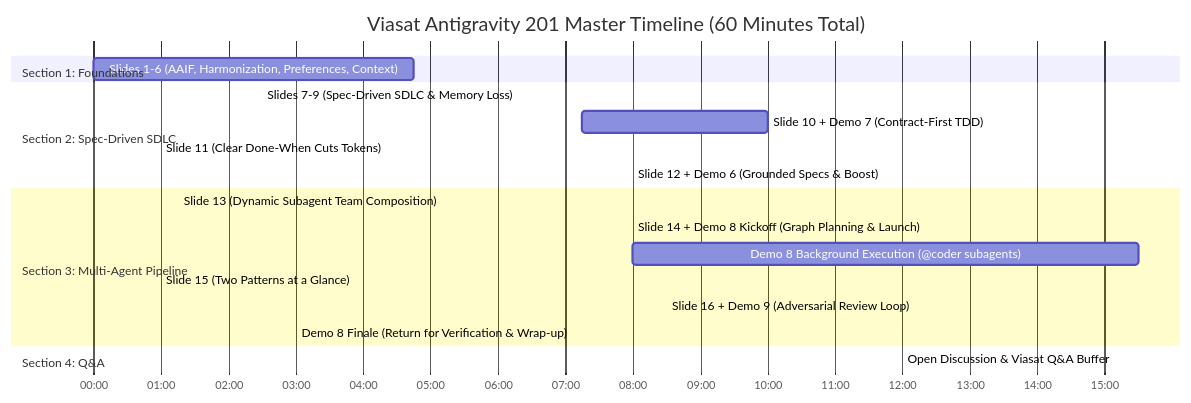
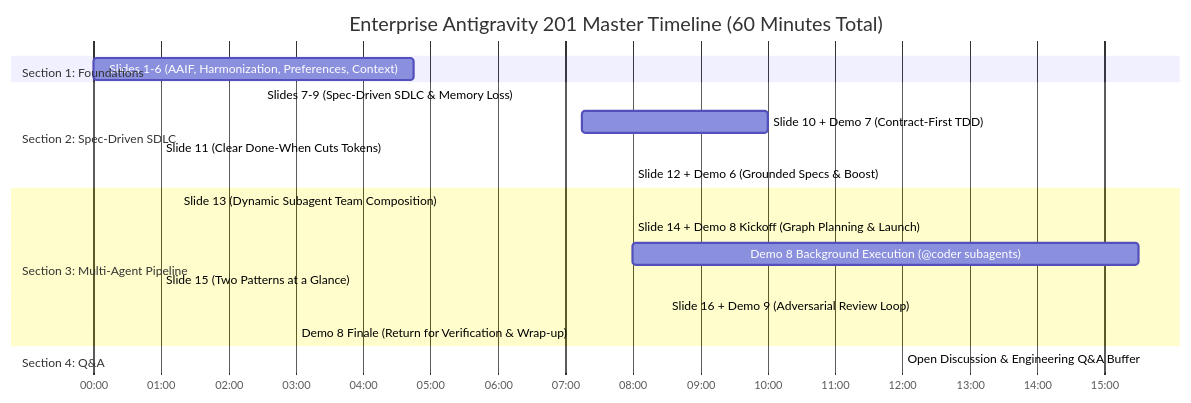
Before and after one commit to alanblythe/antigravity-advanced-workshop-demos: the diagram in AntigravityAdvanced201.md, drawn with Mermaid. The commit also changed other lines of this file and 23 other files, not shown here.

````diff
--- a/AntigravityAdvanced201.md
+++ b/AntigravityAdvanced201.md
@@ -12,26 +12,26 @@
 ```mermaid
 gantt
-    title Viasat Antigravity 201 Master Timeline (60 Minutes Total)
+    title Enterprise Antigravity 201 Master Timeline (60 Minutes Total)
     dateFormat mm:ss
     axisFormat %M:%S
 
     section Section 1: Foundations
     Slides 1-6 (AAIF, Harmonization, Preferences, Context) :s1, 00:00, 04:45
 
     section Section 2: Spec-Driven SDLC
     Slides 7-9 (Spec-Driven SDLC & Memory Loss)        :s2_intro, 04:45, 02:30
     Slide 10 + Demo 7 (Contract-First TDD)              :d7, 07:15, 10:00
     Slide 11 (Clear Done-When Cuts Tokens)             :s11, 17:15, 01:00
     Slide 12 + Demo 6 (Grounded Specs & Boost)         :d6, 18:15, 08:00
 
     section Section 3: Multi-Agent Pipeline
     Slide 13 (Dynamic Subagent Team Composition)        :s13, 26:15, 01:15
     Slide 14 + Demo 8 Kickoff (Graph Planning & Launch) :d8_kickoff, 27:30, 08:00
     Demo 8 Background Execution (@coder subagents)     :d8_bg, after d8_kickoff, 15:30
     Slide 15 (Two Patterns at a Glance)                :s15, 35:30, 01:00
     Slide 16 + Demo 9 (Adversarial Review Loop)         :d9, 36:30, 08:30
     Demo 8 Finale (Return for Verification & Wrap-up)  :d8_finale, 45:00, 03:00
 
     section Section 4: Q&A
-    Open Discussion & Viasat Q&A Buffer                :qna, 48:00, 12:00
+    Open Discussion & Engineering Q&A Buffer           :qna, 48:00, 12:00
 ```
````
